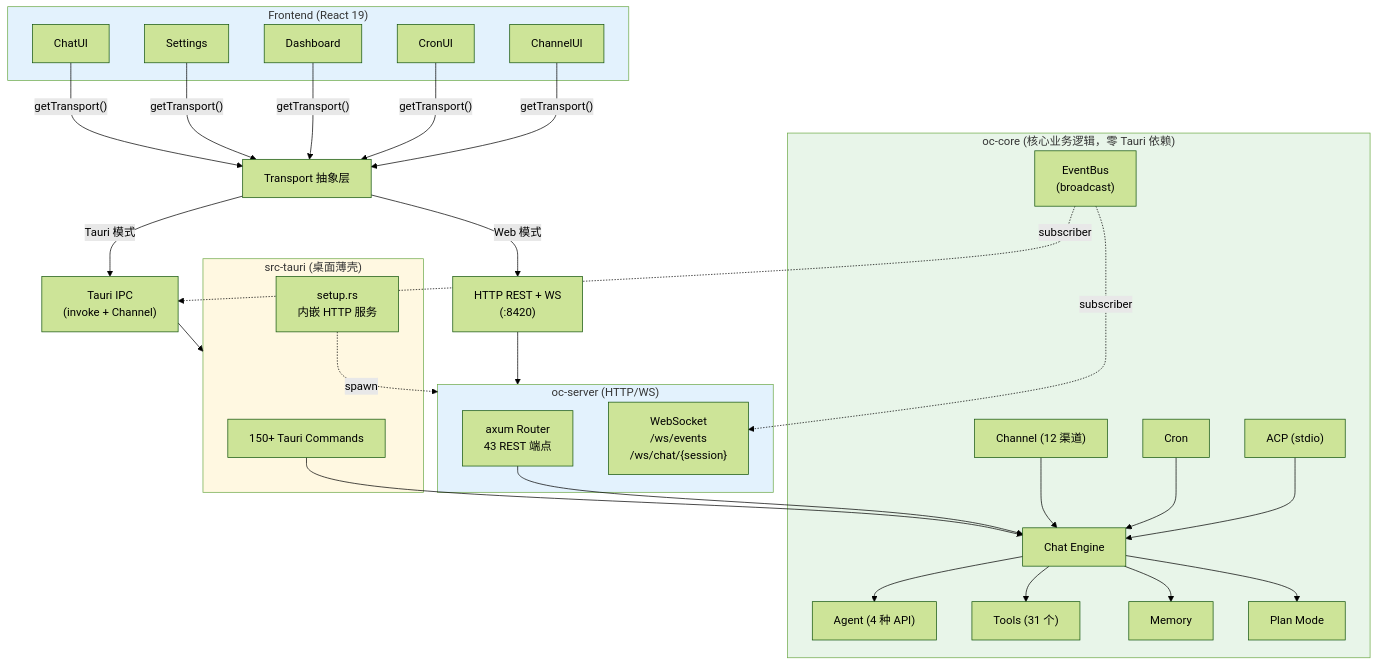
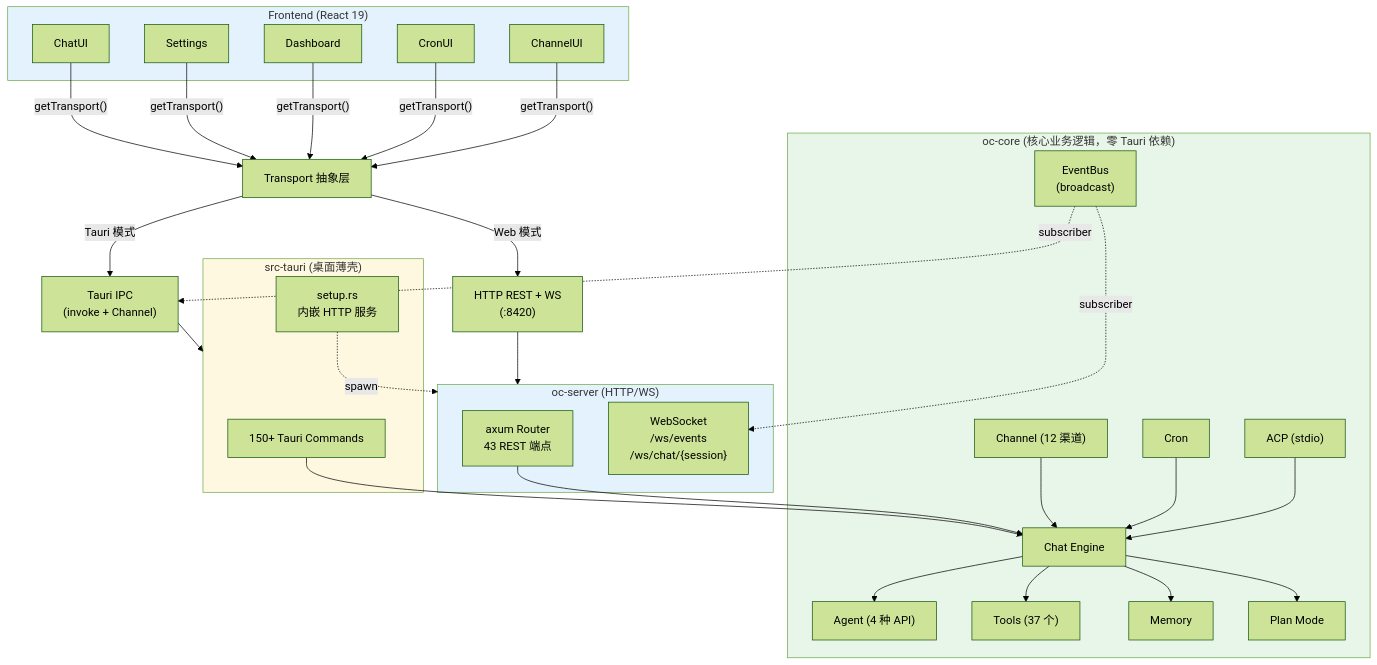
One commit to shiwenwen/hope-agent changed the first of 4 diagrams in docs/architecture/overview.md. Above: the diagram before and after it, drawn with Mermaid (forest theme). The commit also changed 21 other files, not shown here.

````diff
--- a/docs/architecture/overview.md
+++ b/docs/architecture/overview.md
@@ -26,53 +26,53 @@
 ```mermaid
 graph TD
     subgraph Frontend["Frontend (React 19)"]
         ChatUI["ChatUI"]
         Settings["Settings"]
         Dashboard_UI["Dashboard"]
         CronUI["CronUI"]
         ChannelUI["ChannelUI"]
     end
 
     ChatUI & Settings & Dashboard_UI & CronUI & ChannelUI -->|"getTransport()"| Transport["Transport 抽象层"]
 
     Transport -->|"Tauri 模式"| IPC["Tauri IPC<br/>(invoke + Channel)"]
     Transport -->|"Web 模式"| HTTP["HTTP REST + WS<br/>(:8420)"]
 
     IPC --> TauriShell
     HTTP --> OcServer
 
     subgraph TauriShell["src-tauri (桌面薄壳)"]
         Commands["150+ Tauri Commands"]
         TauriSetup["setup.rs<br/>内嵌 HTTP 服务"]
     end
 
     subgraph OcServer["oc-server (HTTP/WS)"]
         Router["axum Router<br/>43 REST 端点"]
         WSHandler["WebSocket<br/>/ws/events<br/>/ws/chat/{session}"]
     end
 
     Commands --> ChatEngine
     Router --> ChatEngine
     TauriSetup -.->|"spawn"| OcServer
 
     subgraph OcCore["oc-core (核心业务逻辑，零 Tauri 依赖)"]
         ChatEngine["Chat Engine"]
         ChatEngine --> Agent["Agent (4 种 API)"]
-        ChatEngine --> Tools["Tools (31 个)"]
+        ChatEngine --> Tools["Tools (37 个)"]
         ChatEngine --> Memory["Memory"]
         ChatEngine --> PlanMode["Plan Mode"]
         EventBus["EventBus<br/>(broadcast)"]
         Channel["Channel (12 渠道)"]
         Cron["Cron"]
         ACP["ACP (stdio)"]
         Channel & Cron & ACP --> ChatEngine
     end
 
     EventBus -.->|"subscriber"| IPC
     EventBus -.->|"subscriber"| WSHandler
 
     style Frontend fill:#e3f2fd
     style OcCore fill:#e8f5e9
     style OcServer fill:#e3f2fd
     style TauriShell fill:#fff8e1
 ```
````
